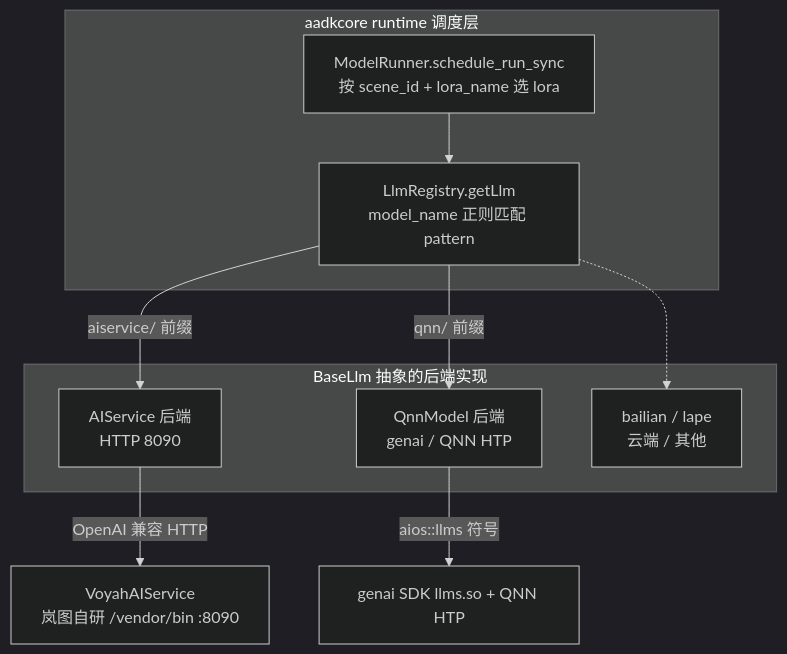
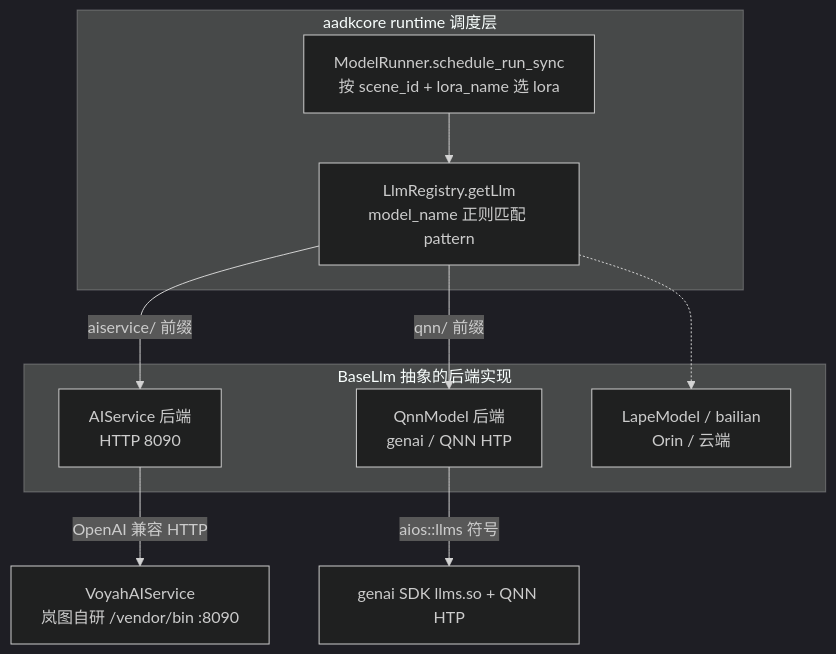
The first of 2 diagrams in cockpit/projects/lantu/aiservice-integration.md (ranpin/edge-ai-docs), drawn with Mermaid (dark theme) before and after one commit. The commit also changed other lines of this file, not shown here.

First line of the commit message:
docs: 重排 aiservice 文档排版 + 修正 lape 为 Orin 后端

````diff
--- a/cockpit/projects/lantu/aiservice-integration.md
+++ b/cockpit/projects/lantu/aiservice-integration.md
@@ -65,18 +117,18 @@
 ```mermaid
 graph TB
     subgraph RT["aadkcore runtime 调度层"]
         MR["ModelRunner.schedule_run_sync<br/>按 scene_id + lora_name 选 lora"]
         REG["LlmRegistry.getLlm<br/>model_name 正则匹配 pattern"]
     end
     subgraph BK["BaseLlm 抽象的后端实现"]
         AIS["AIService 后端<br/>HTTP 8090"]
         QNN["QnnModel 后端<br/>genai / QNN HTP"]
-        OTH["bailian / lape<br/>云端 / 其他"]
+        OTH["LapeModel / bailian<br/>Orin / 云端"]
     end
     MR --> REG
     REG -->|"aiservice/ 前缀"| AIS
     REG -->|"qnn/ 前缀"| QNN
     REG -.-> OTH
     AIS -->|"OpenAI 兼容 HTTP"| VOYAH["VoyahAIService<br/>岚图自研 /vendor/bin :8090"]
     QNN -->|"aios::llms 符号"| GENAI["genai SDK llms.so + QNN HTP"]
 ```
````
